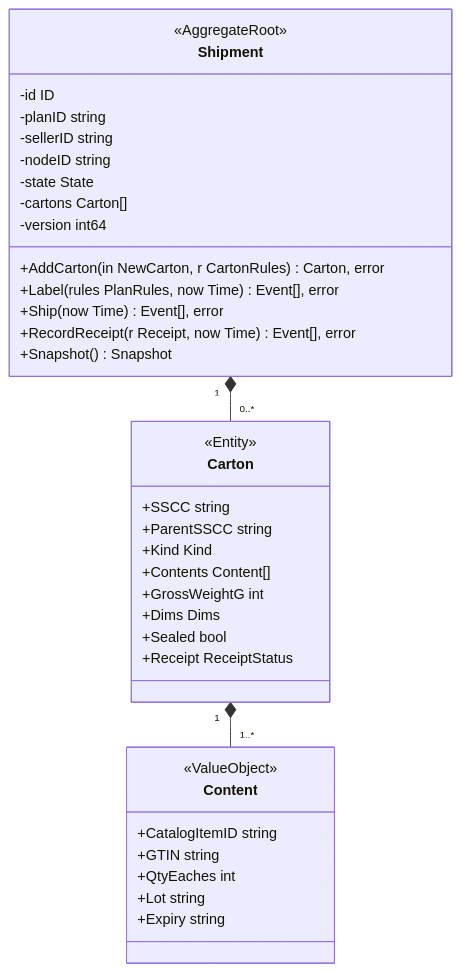
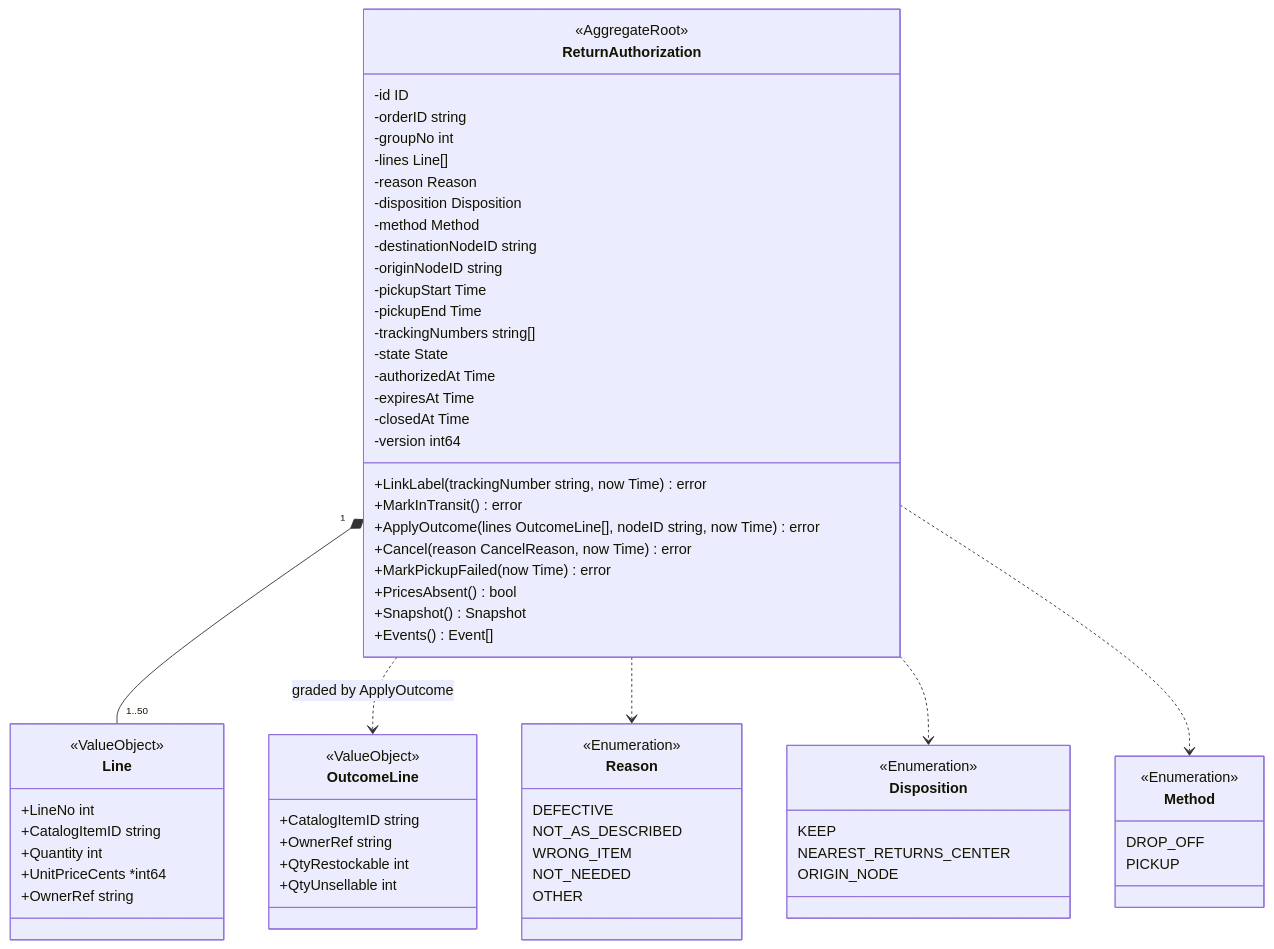
The first of 3 diagrams in docs/docs/ddd/class-diagram.md (IQVO/customer-returns), drawn with Mermaid before and after one commit. The commit also changed other lines of this file and 13 other files, not shown here.

````diff
--- a/docs/docs/ddd/class-diagram.md
+++ b/docs/docs/ddd/class-diagram.md
@@ -19,40 +18,71 @@
 ```mermaid
 classDiagram
     direction TB
-    class Shipment {
+    class ReturnAuthorization {
         <<AggregateRoot>>
         -id ID
-        -planID string
-        -sellerID string
-        -nodeID string
+        -orderID string
+        -groupNo int
+        -lines Line[]
+        -reason Reason
+        -disposition Disposition
+        -method Method
+        -destinationNodeID string
+        -originNodeID string
+        -pickupStart Time
+        -pickupEnd Time
+        -trackingNumbers string[]
         -state State
-        -cartons Carton[]
+        -authorizedAt Time
+        -expiresAt Time
+        -closedAt Time
         -version int64
-        +AddCarton(in NewCarton, r CartonRules) Carton, error
-        +Label(rules PlanRules, now Time) Event[], error
-        +Ship(now Time) Event[], error
-        +RecordReceipt(r Receipt, now Time) Event[], error
+        +LinkLabel(trackingNumber string, now Time) error
+        +MarkInTransit() error
+        +ApplyOutcome(lines OutcomeLine[], nodeID string, now Time) error
+        +Cancel(reason CancelReason, now Time) error
+        +MarkPickupFailed(now Time) error
+        +PricesAbsent() bool
         +Snapshot() Snapshot
+        +Events() Event[]
     }
-    class Carton {
-        <<Entity>>
-        +SSCC string
-        +ParentSSCC string
-        +Kind Kind
-        +Contents Content[]
-        +GrossWeightG int
-        +Dims Dims
-        +Sealed bool
-        +Receipt ReceiptStatus
+    class Line {
+        <<ValueObject>>
+        +LineNo int
+        +CatalogItemID string
+        +Quantity int
+        +UnitPriceCents *int64
+        +OwnerRef string
     }
-    class Content {
+    class OutcomeLine {
         <<ValueObject>>
         +CatalogItemID string
-        +GTIN string
-        +QtyEaches int
-        +Lot string
-        +Expiry string
+        +OwnerRef string
+        +QtyRestockable int
+        +QtyUnsellable int
     }
-    Shipment "1" *-- "0..*" Carton
-    Carton "1" *-- "1..*" Content
+    class Reason {
+        <<Enumeration>>
+        DEFECTIVE
+        NOT_AS_DESCRIBED
+        WRONG_ITEM
+        NOT_NEEDED
+        OTHER
+    }
+    class Disposition {
+        <<Enumeration>>
+        KEEP
+        NEAREST_RETURNS_CENTER
+        ORIGIN_NODE
+    }
+    class Method {
+        <<Enumeration>>
+        DROP_OFF
+        PICKUP
+    }
+    ReturnAuthorization "1" *-- "1..50" Line
+    ReturnAuthorization ..> OutcomeLine : graded by ApplyOutcome
+    ReturnAuthorization ..> Reason
+    ReturnAuthorization ..> Disposition
+    ReturnAuthorization ..> Method
 ```
````
